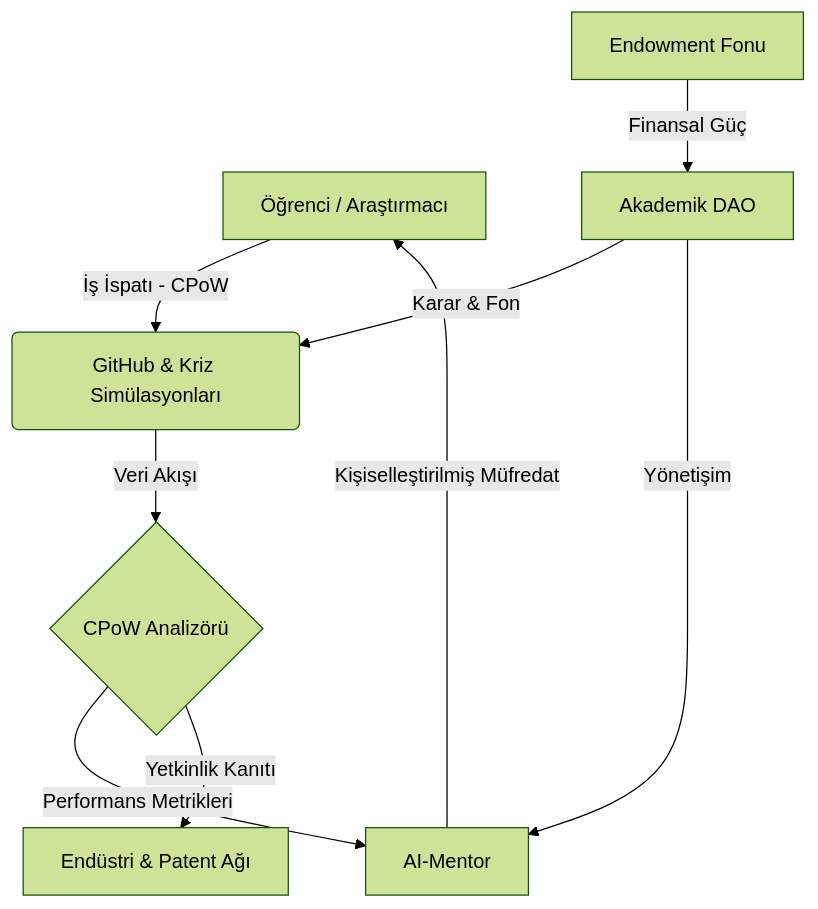
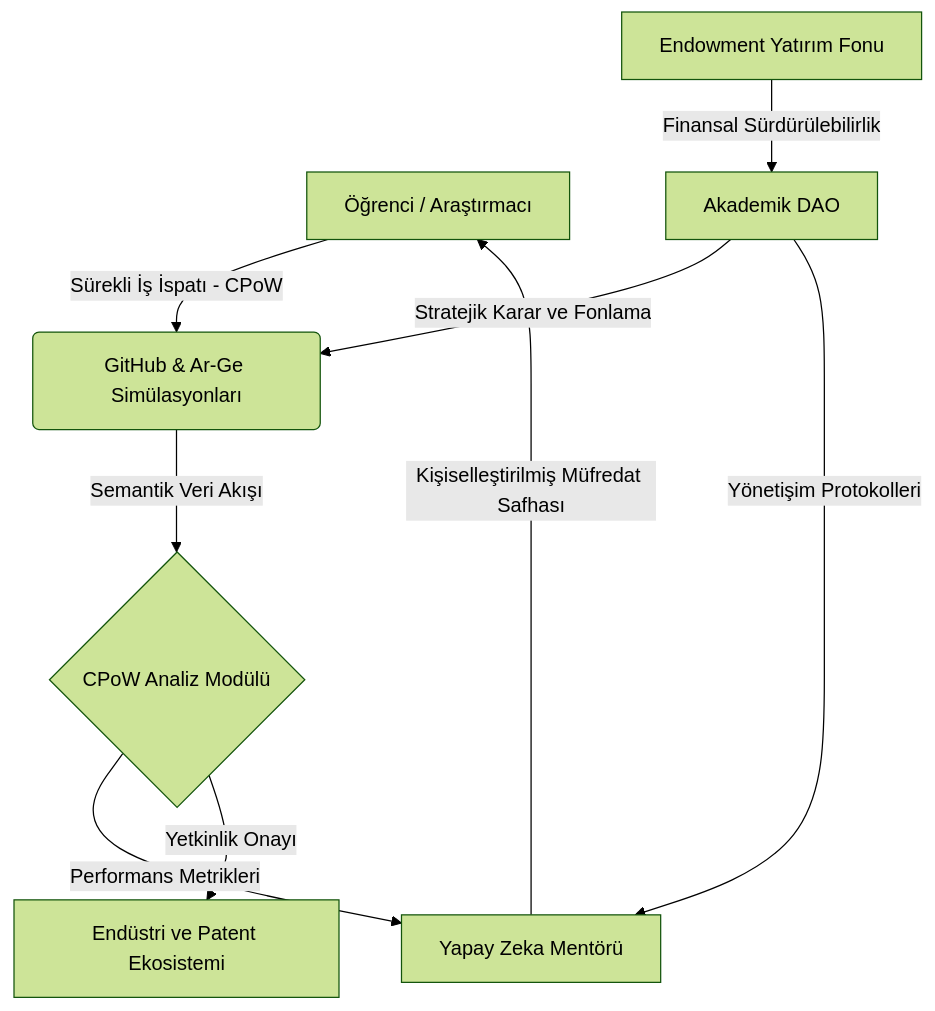
One commit to bahattinyunus/Project-Muassir-University changed the diagram in README.md. Above: the diagram before and after it, drawn with Mermaid (forest theme). The commit also changed other lines of this file and 1 other file, not shown here.

````diff
--- a/README.md
+++ b/README.md
@@ -35,11 +30,11 @@
 ```mermaid
 graph TD
-    A[Öğrenci / Araştırmacı] -->|İş İspatı - CPoW| B(GitHub & Kriz Simülasyonları)
-    B -->|Veri Akışı| C{CPoW Analizörü}
-    C -->|Performans Metrikleri| D[AI-Mentor]
-    D -->|Kişiselleştirilmiş Müfredat| A
-    C -->|Yetkinlik Kanıtı| E[Endüstri & Patent Ağı]
-    F[Akademik DAO] -->|Karar & Fon| B
-    F -->|Yönetişim| D
-    G[Endowment Fonu] -->|Finansal Güç| F
+    A[Öğrenci / Araştırmacı] -->|Sürekli İş İspatı - CPoW| B(GitHub & Ar-Ge Simülasyonları)
+    B -->|Semantik Veri Akışı| C{CPoW Analiz Modülü}
+    C -->|Performans Metrikleri| D[Yapay Zeka Mentörü]
+    D -->|Kişiselleştirilmiş Müfredat Safhası| A
+    C -->|Yetkinlik Onayı| E[Endüstri ve Patent Ekosistemi]
+    F[Akademik DAO] -->|Stratejik Karar ve Fonlama| B
+    F -->|Yönetişim Protokolleri| D
+    G[Endowment Yatırım Fonu] -->|Finansal Sürdürülebilirlik| F
 ```
````
